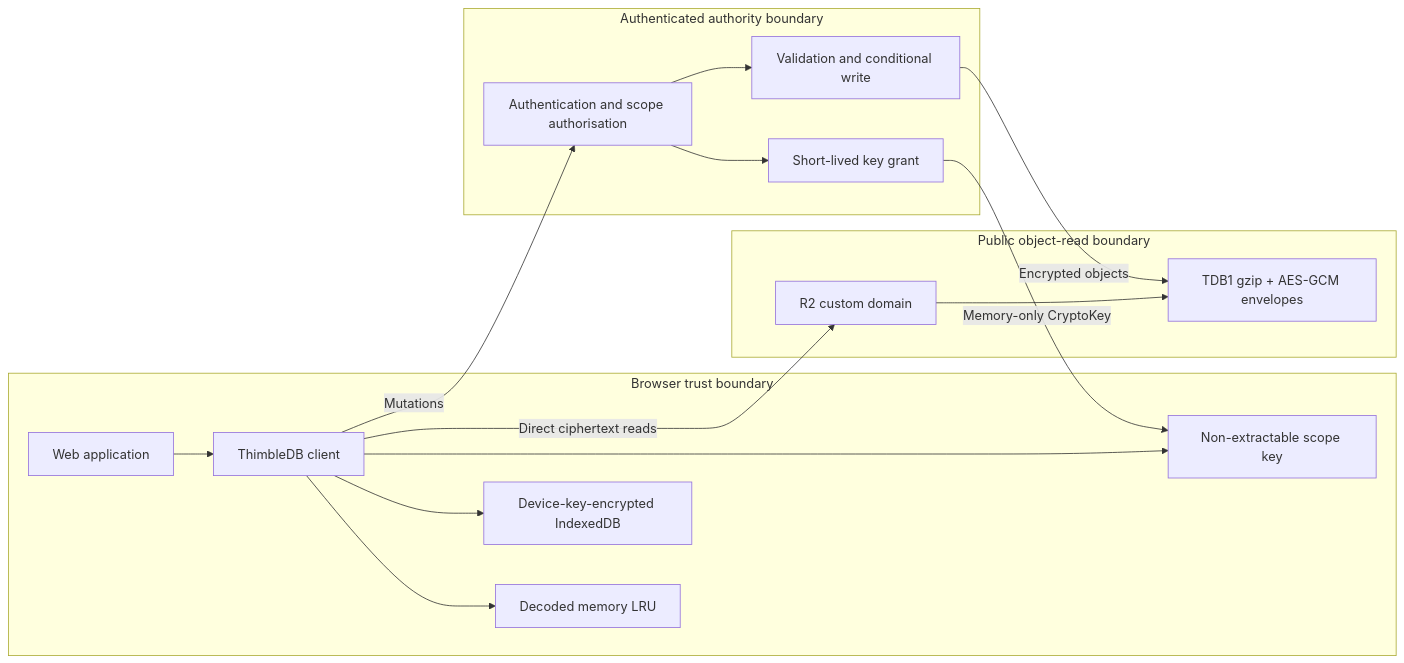
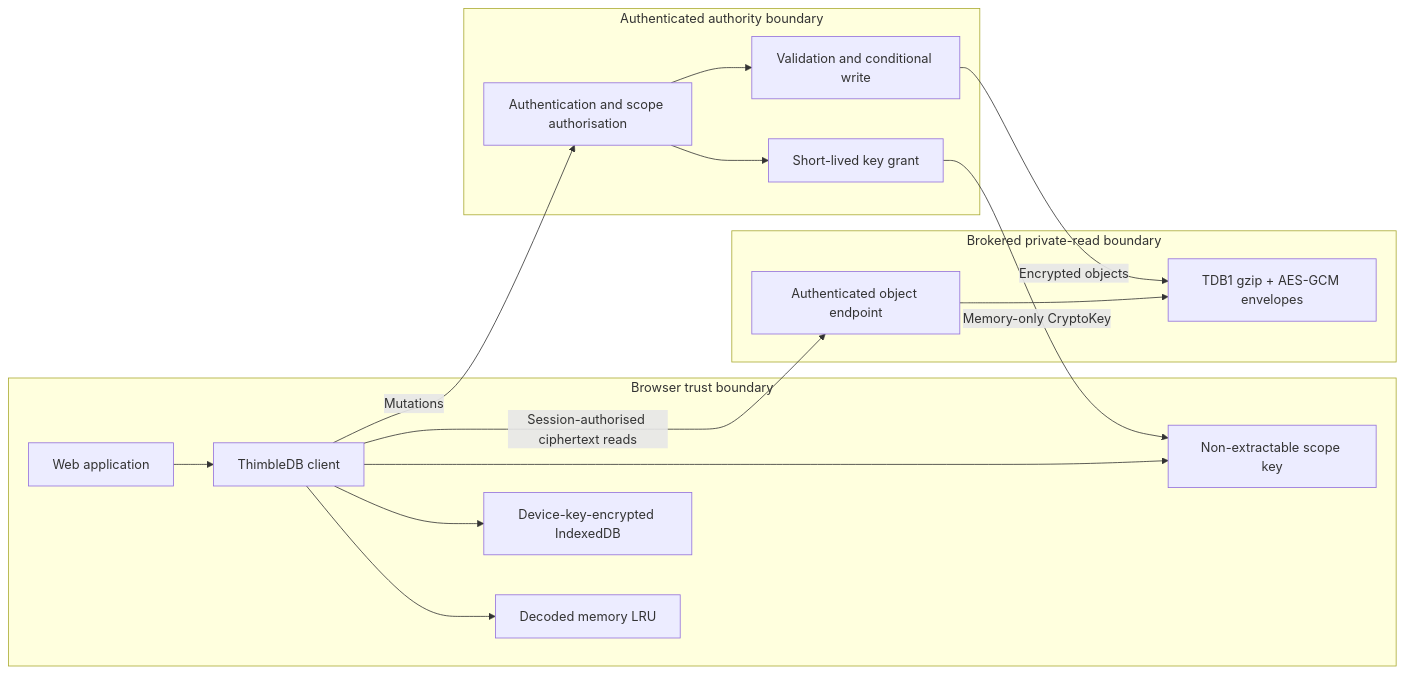
Before and after one commit to Jason-Doyle/thimble: the first of 2 diagrams in README.md, drawn with Mermaid. The commit also changed other lines of this file and 47 other files, not shown here.

````diff
--- a/README.md
+++ b/README.md
@@ -14,34 +14,34 @@
 ```mermaid
 flowchart LR
   subgraph Browser["Browser trust boundary"]
     App["Web application"]
     Client["ThimbleDB client"]
     Memory["Decoded memory LRU"]
     IDB["Device-key-encrypted IndexedDB"]
     ScopeKey["Non-extractable scope key"]
 
     App --> Client
     Client --> Memory
     Client --> IDB
     Client --> ScopeKey
   end
 
-  subgraph ReadPath["Public object-read boundary"]
-    Domain["R2 custom domain"]
+  subgraph ReadPath["Brokered private-read boundary"]
+    Domain["Authenticated object endpoint"]
     Objects["TDB1 gzip + AES-GCM envelopes"]
     Domain --> Objects
   end
 
   subgraph Authority["Authenticated authority boundary"]
     Auth["Authentication and scope authorisation"]
     Grant["Short-lived key grant"]
     Write["Validation and conditional write"]
     Auth --> Grant
     Auth --> Write
   end
 
-  Client -- "Direct ciphertext reads" --> Domain
+  Client -- "Session-authorised ciphertext reads" --> Domain
   Client -- "Mutations" --> Auth
   Grant -- "Memory-only CryptoKey" --> ScopeKey
   Write -- "Encrypted objects" --> Objects
 ```
````
